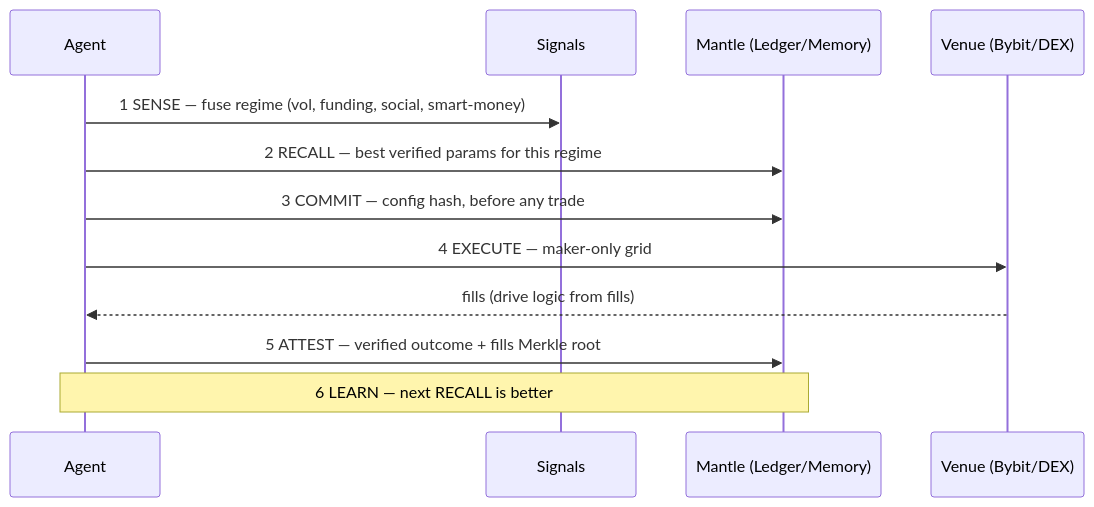
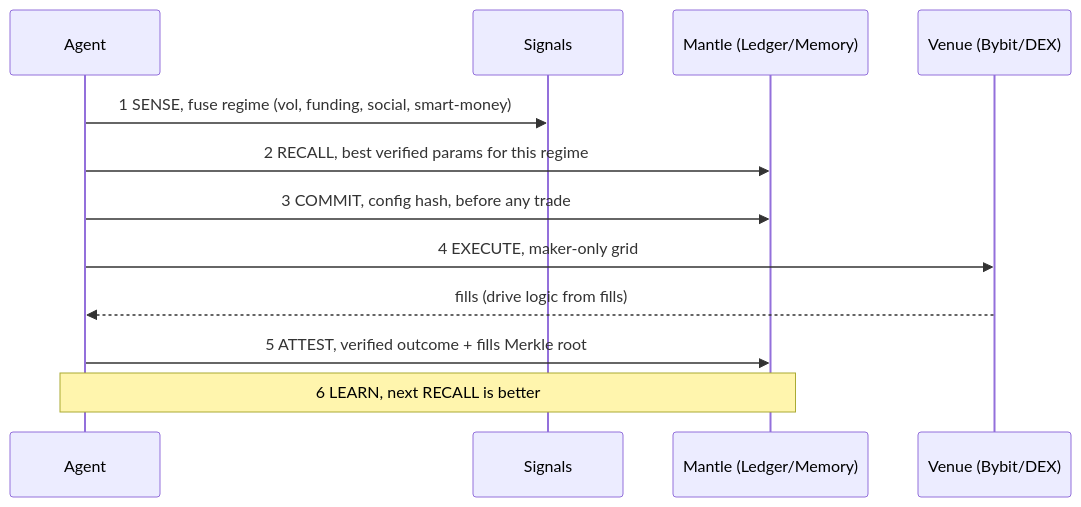
The diagram in docs/CONCEPT.md (yeheskieltame/perps-agent), drawn with Mermaid before and after one commit. The commit also changed other lines of this file and 20 other files, not shown here.

````diff
--- a/docs/CONCEPT.md
+++ b/docs/CONCEPT.md
@@ -15,14 +15,14 @@
 ```mermaid
 sequenceDiagram
   participant A as Agent
   participant S as Signals
   participant M as Mantle (Ledger/Memory)
   participant V as Venue (Bybit/DEX)
-  A->>S: 1 SENSE — fuse regime (vol, funding, social, smart-money)
-  A->>M: 2 RECALL — best verified params for this regime
-  A->>M: 3 COMMIT — config hash, before any trade
-  A->>V: 4 EXECUTE — maker-only grid
+  A->>S: 1 SENSE, fuse regime (vol, funding, social, smart-money)
+  A->>M: 2 RECALL, best verified params for this regime
+  A->>M: 3 COMMIT, config hash, before any trade
+  A->>V: 4 EXECUTE, maker-only grid
   V-->>A: fills (drive logic from fills)
-  A->>M: 5 ATTEST — verified outcome + fills Merkle root
-  Note over A,M: 6 LEARN — next RECALL is better
+  A->>M: 5 ATTEST, verified outcome + fills Merkle root
+  Note over A,M: 6 LEARN, next RECALL is better
 ```
````
